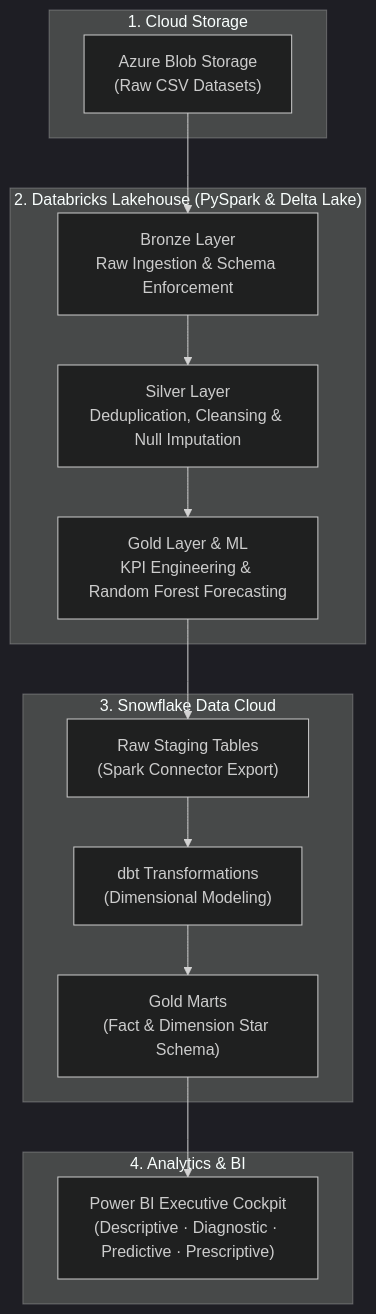
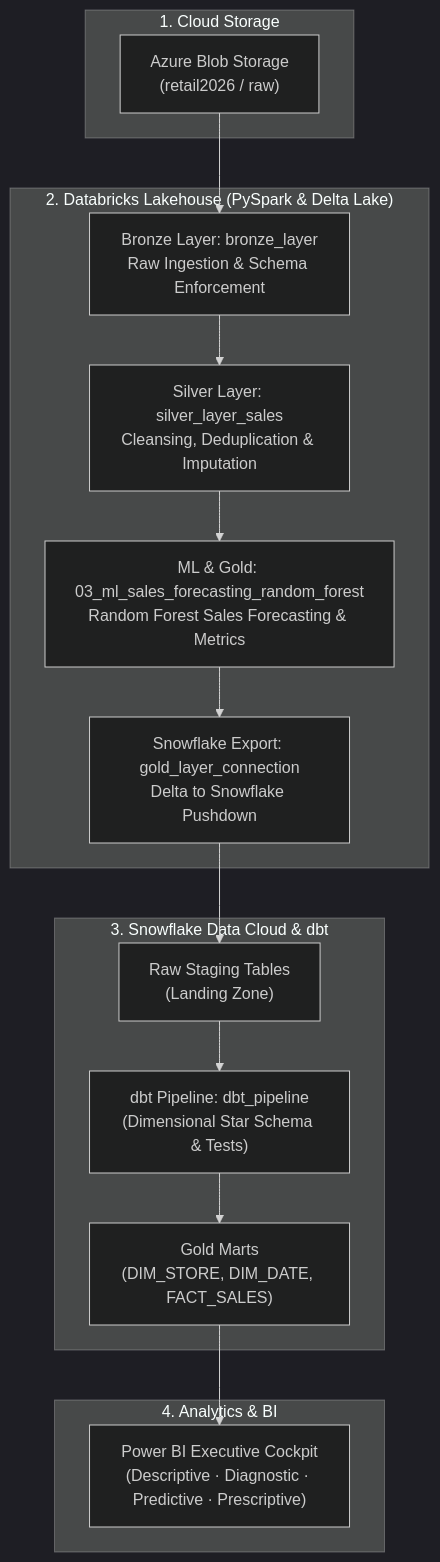
One commit to KavyaKaria/retail-intelligence changed the diagram in README.md. Above: the diagram before and after it, drawn with Mermaid (dark theme). The commit also changed other lines of this file, not shown here.

````diff
--- a/README.md
+++ b/README.md
@@ -13,28 +13,29 @@
 ```mermaid
 flowchart TD
     subgraph Storage["1. Cloud Storage"]
-        A["Azure Blob Storage<br/>(Raw CSV Datasets)"]
+        A["Azure Blob Storage<br/>(retail2026 / raw)"]
     end
 
     subgraph Databricks["2. Databricks Lakehouse (PySpark & Delta Lake)"]
-        B["Bronze Layer<br/>Raw Ingestion & Schema Enforcement"]
-        C["Silver Layer<br/>Deduplication, Cleansing & Null Imputation"]
-        D["Gold Layer & ML<br/>KPI Engineering & Random Forest Forecasting"]
-        B --> C --> D
+        B["Bronze Layer: bronze_layer<br/>Raw Ingestion & Schema Enforcement"]
+        C["Silver Layer: silver_layer_sales<br/>Cleansing, Deduplication & Imputation"]
+        D["ML & Gold: 03_ml_sales_forecasting_random_forest<br/>Random Forest Sales Forecasting & Metrics"]
+        E["Snowflake Export: gold_layer_connection<br/>Delta to Snowflake Pushdown"]
+        B --> C --> D --> E
     end
 
-    subgraph Warehouse["3. Snowflake Data Cloud"]
-        E["Raw Staging Tables<br/>(Spark Connector Export)"]
-        F["dbt Transformations<br/>(Dimensional Modeling)"]
-        G["Gold Marts<br/>(Fact & Dimension Star Schema)"]
-        E --> F --> G
+    subgraph Warehouse["3. Snowflake Data Cloud & dbt"]
+        F["Raw Staging Tables<br/>(Landing Zone)"]
+        G["dbt Pipeline: dbt_pipeline<br/>(Dimensional Star Schema & Tests)"]
+        H["Gold Marts<br/>(DIM_STORE, DIM_DATE, FACT_SALES)"]
+        F --> G --> H
     end
 
     subgraph Analytics["4. Analytics & BI"]
-        H["Power BI Executive Cockpit<br/>(Descriptive · Diagnostic · Predictive · Prescriptive)"]
+        I["Power BI Executive Cockpit<br/>(Descriptive · Diagnostic · Predictive · Prescriptive)"]
     end
 
     A --> B
-    D --> E
-    G --> H
+    E --> F
+    H --> I
 ```
````
